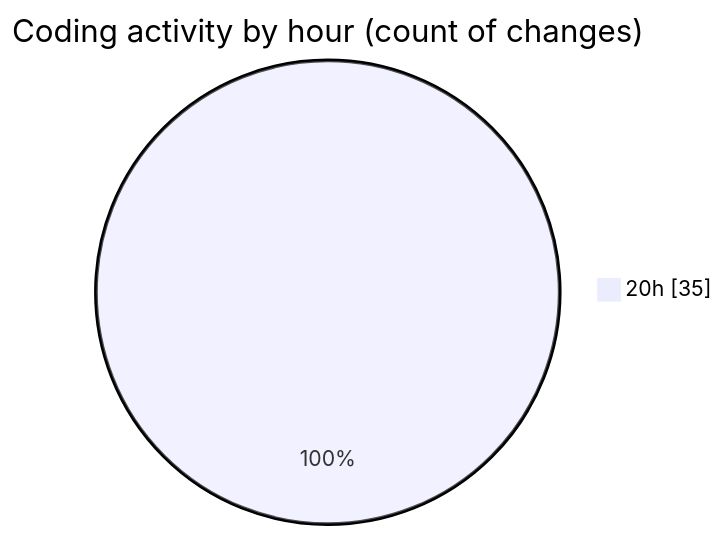
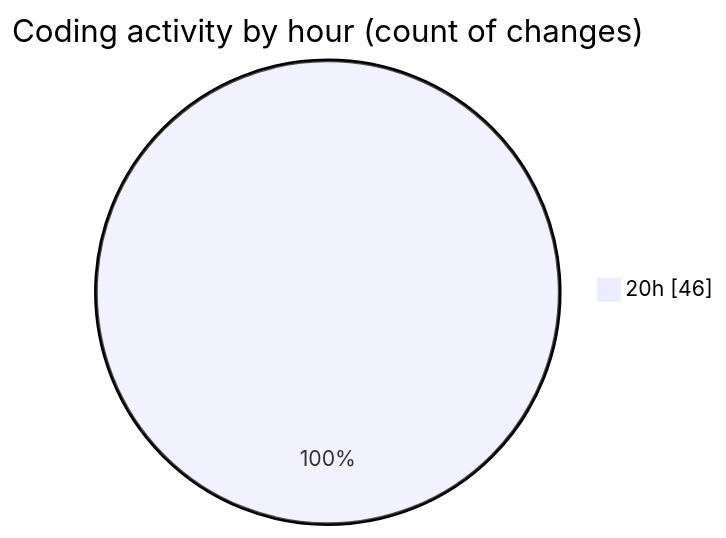
One commit to Netris89/code-tracking changed the second of 2 diagrams in 2025-10-29/skintrack/README.md. Above: the diagram before and after it, drawn with Mermaid. The commit also changed other lines of this file and 1 other file, not shown here.

````diff
--- a/2025-10-29/skintrack/README.md
+++ b/2025-10-29/skintrack/README.md
@@ -35,5 +36,5 @@
 ```mermaid
 pie showData
 title Coding activity by hour (count of changes)
-"20h" : 35
+"20h" : 46
 ```
````
